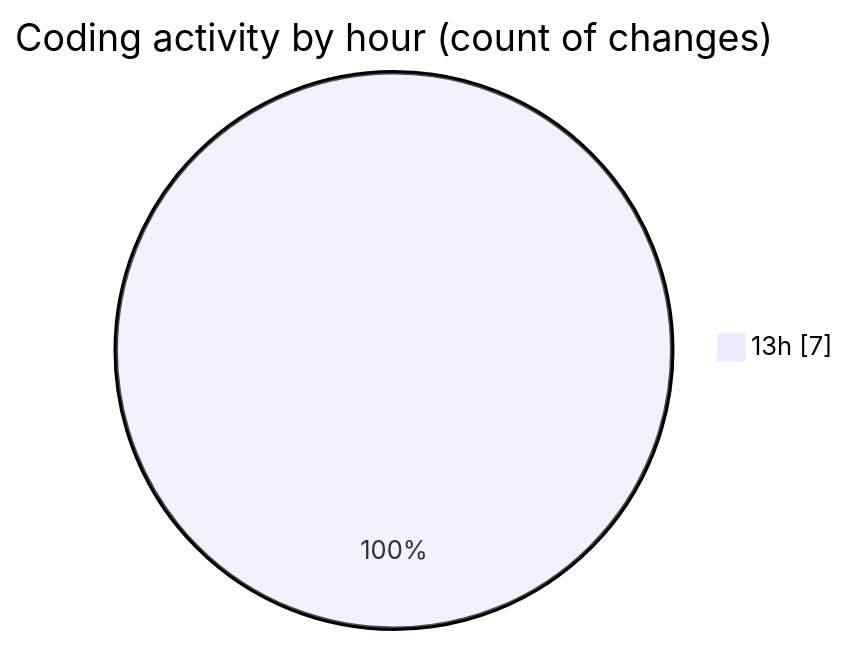
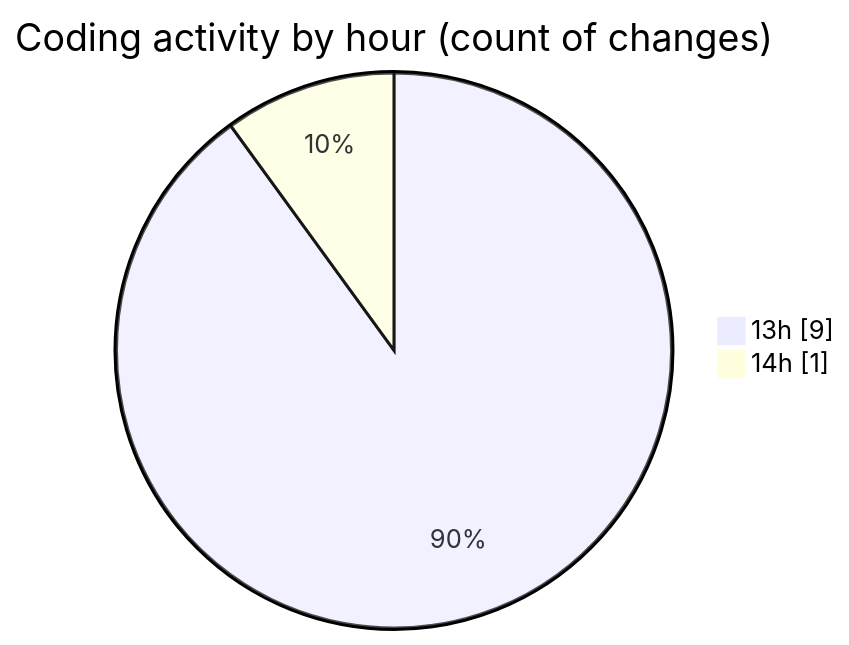
Before and after one commit to lephambinh05/code-tracking: the second of 2 diagrams in 2025-08-10/getmailotp/README.md, drawn with Mermaid. The commit also changed other lines of this file and 1 other file, not shown here.

````diff
--- a/2025-08-10/getmailotp/README.md
+++ b/2025-08-10/getmailotp/README.md
@@ -30,5 +34,6 @@
 ```mermaid
 pie showData
 title Coding activity by hour (count of changes)
-"13h" : 7
+"13h" : 9
+"14h" : 1
 ```
````
